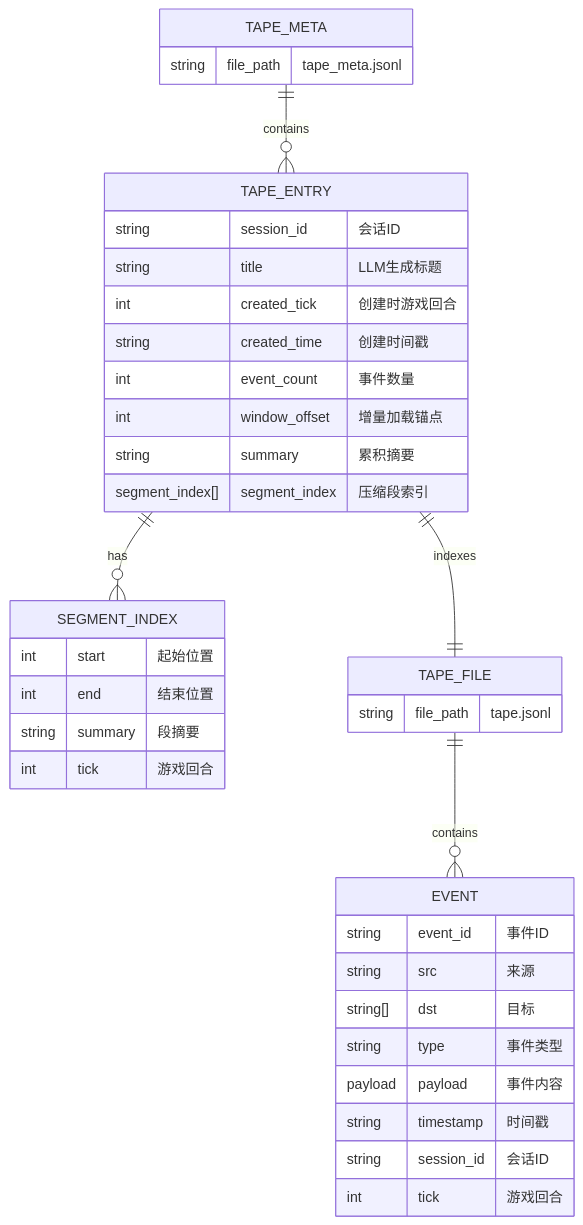
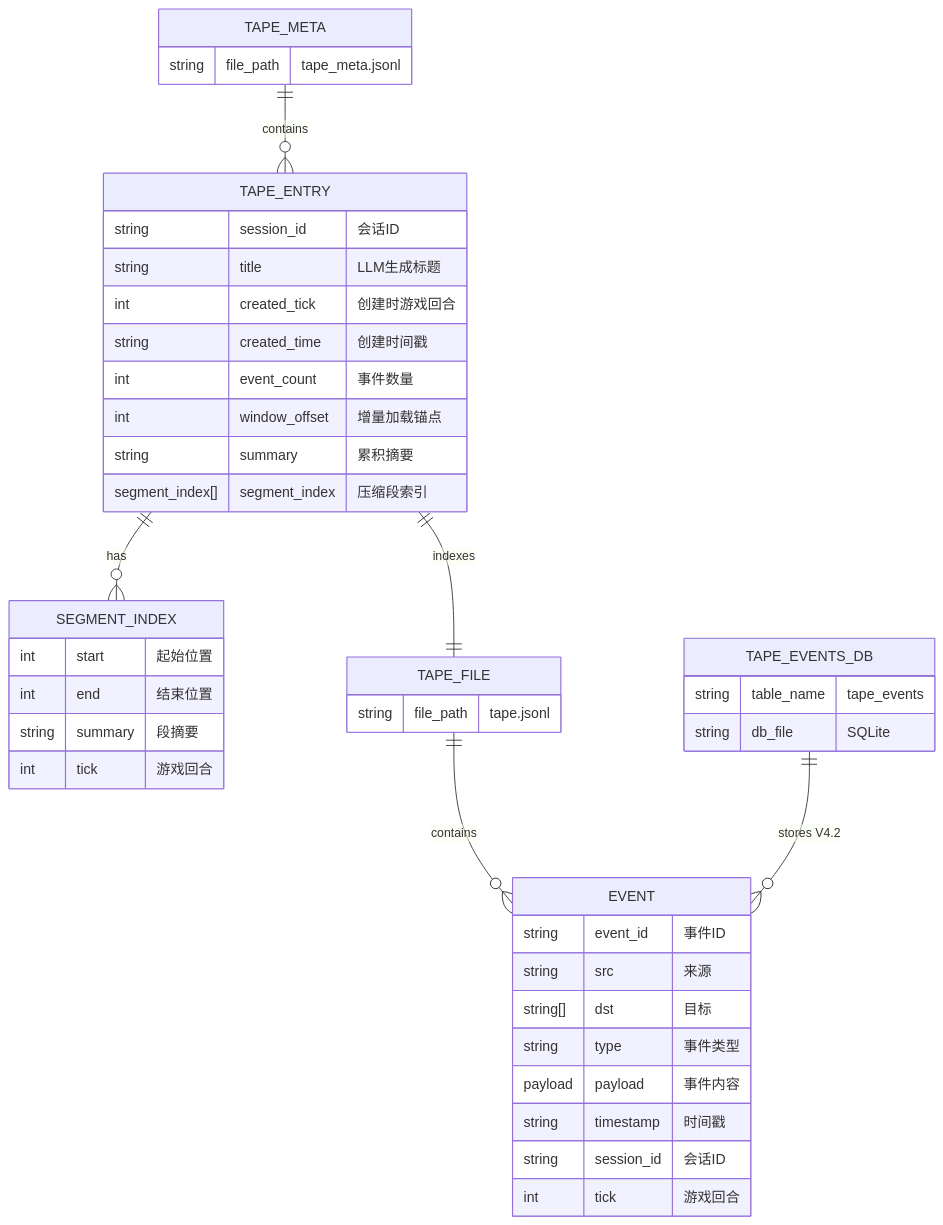
One commit to ykfnxx/simu-emperor changed the second of 12 diagrams in src/simu_emperor/memory/AGENTS.md. Above: the diagram before and after it, drawn with Mermaid. The commit also changed other lines of this file and 5 other files, not shown here.

First line of the commit message:
docs(v4.2): update all AGENTS.md and CLAUDE.md for V4.2 architecture

````diff
--- a/src/simu_emperor/memory/AGENTS.md
+++ b/src/simu_emperor/memory/AGENTS.md
@@ -73,44 +90,50 @@
 ```mermaid
 erDiagram
     TAPE_META ||--o{ TAPE_ENTRY : "contains"
     TAPE_ENTRY ||--o{ SEGMENT_INDEX : "has"
     TAPE_ENTRY ||--|| TAPE_FILE : "indexes"
     TAPE_FILE ||--o{ EVENT : "contains"
+    TAPE_EVENTS_DB ||--o{ EVENT : "stores V4.2"
 
     TAPE_META {
         string file_path "tape_meta.jsonl"
     }
 
     TAPE_ENTRY {
         string session_id "会话ID"
         string title "LLM生成标题"
         int created_tick "创建时游戏回合"
         string created_time "创建时间戳"
         int event_count "事件数量"
         int window_offset "增量加载锚点"
         string summary "累积摘要"
         segment_index[] segment_index "压缩段索引"
     }
 
     SEGMENT_INDEX {
         int start "起始位置"
         int end "结束位置"
         string summary "段摘要"
         int tick "游戏回合"
     }
 
     TAPE_FILE {
         string file_path "tape.jsonl"
     }
 
+    TAPE_EVENTS_DB {
+        string table_name "tape_events"
+        string db_file "SQLite"
+    }
+
     EVENT {
         string event_id "事件ID"
         string src "来源"
         string[] dst "目标"
         string type "事件类型"
         payload payload "事件内容"
         string timestamp "时间戳"
         string session_id "会话ID"
         int tick "游戏回合"
     }
 ```
````
